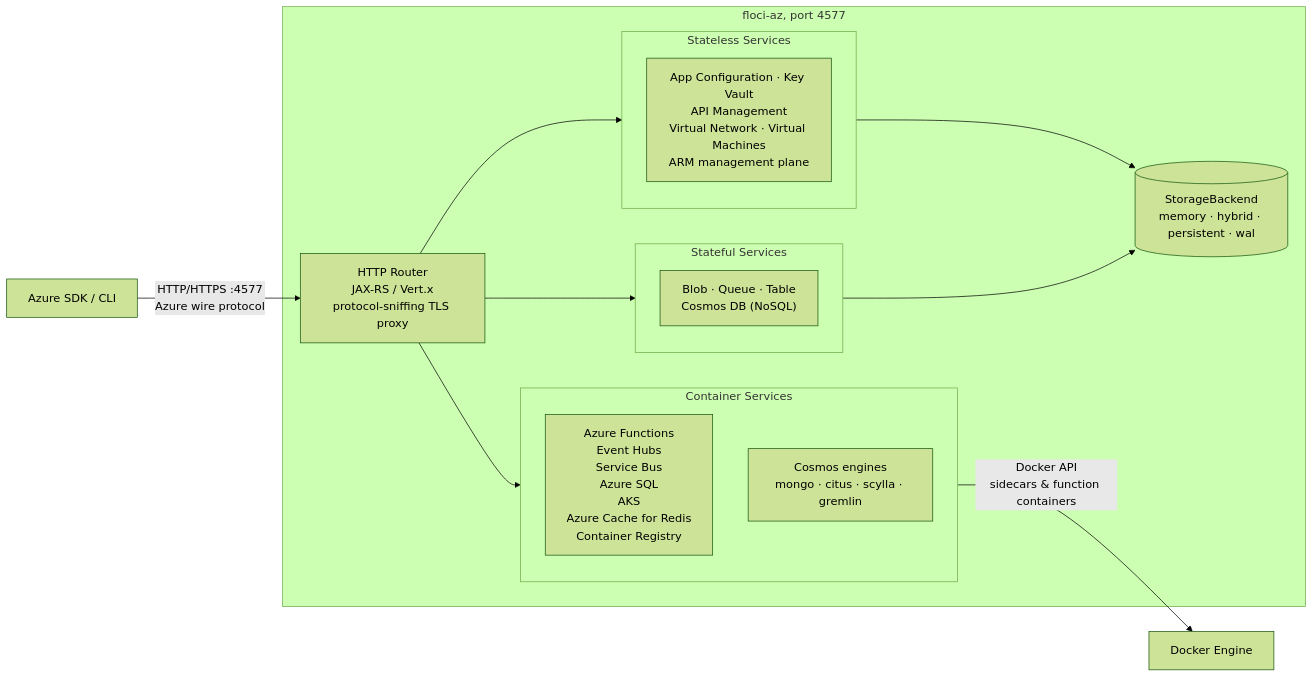
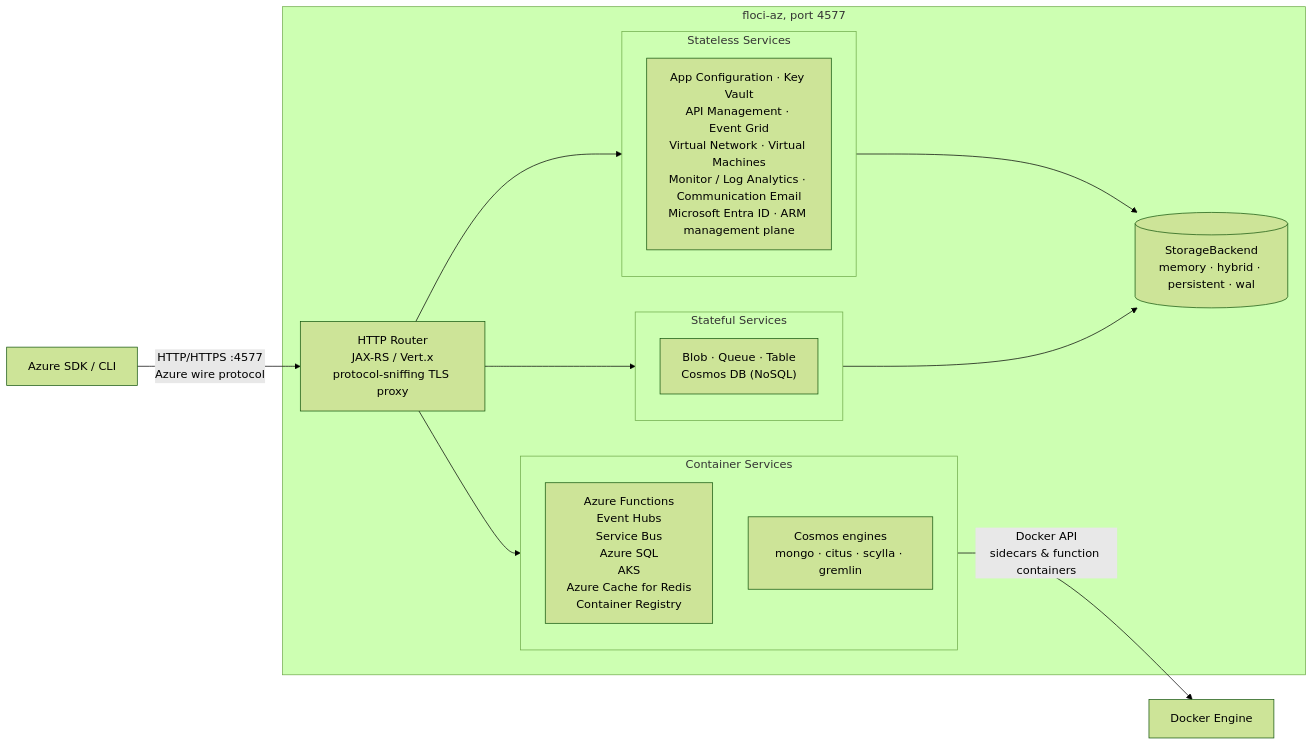
The diagram in README.md (floci-io/floci-az), drawn with Mermaid (forest theme) before and after one commit. The commit also changed other lines of this file and 5 other files, not shown here.

First line of the commit message:
docs: document Azure Monitor and Communication Services Email

````diff
--- a/README.md
+++ b/README.md
@@ -252,30 +255,30 @@
 ```mermaid
 flowchart LR
     Client["Azure SDK / CLI"]
 
     subgraph FlociAz ["floci-az, port 4577"]
         Router["HTTP Router\nJAX-RS / Vert.x\nprotocol-sniffing TLS proxy"]
 
         subgraph Stateless ["Stateless Services"]
-            A["App Configuration · Key Vault\nAPI Management\nVirtual Network · Virtual Machines\nARM management plane"]
+            A["App Configuration · Key Vault\nAPI Management · Event Grid\nVirtual Network · Virtual Machines\nMonitor / Log Analytics · Communication Email\nMicrosoft Entra ID · ARM management plane"]
         end
 
         subgraph Stateful ["Stateful Services"]
             B["Blob · Queue · Table\nCosmos DB (NoSQL)"]
         end
 
         subgraph Containers ["Container Services"]
             C["Azure Functions\nEvent Hubs\nService Bus\nAzure SQL\nAKS\nAzure Cache for Redis\nContainer Registry"]
             D["Cosmos engines\nmongo · citus · scylla · gremlin"]
         end
 
         Router --> Stateless
         Router --> Stateful
         Router --> Containers
         Stateless & Stateful --> Store[("StorageBackend\nmemory · hybrid · persistent · wal")]
     end
 
     Docker["Docker Engine"]
     Client -->|"HTTP/HTTPS :4577\nAzure wire protocol"| Router
     Containers -->|"Docker API\nsidecars & function containers"| Docker
 ```
````
